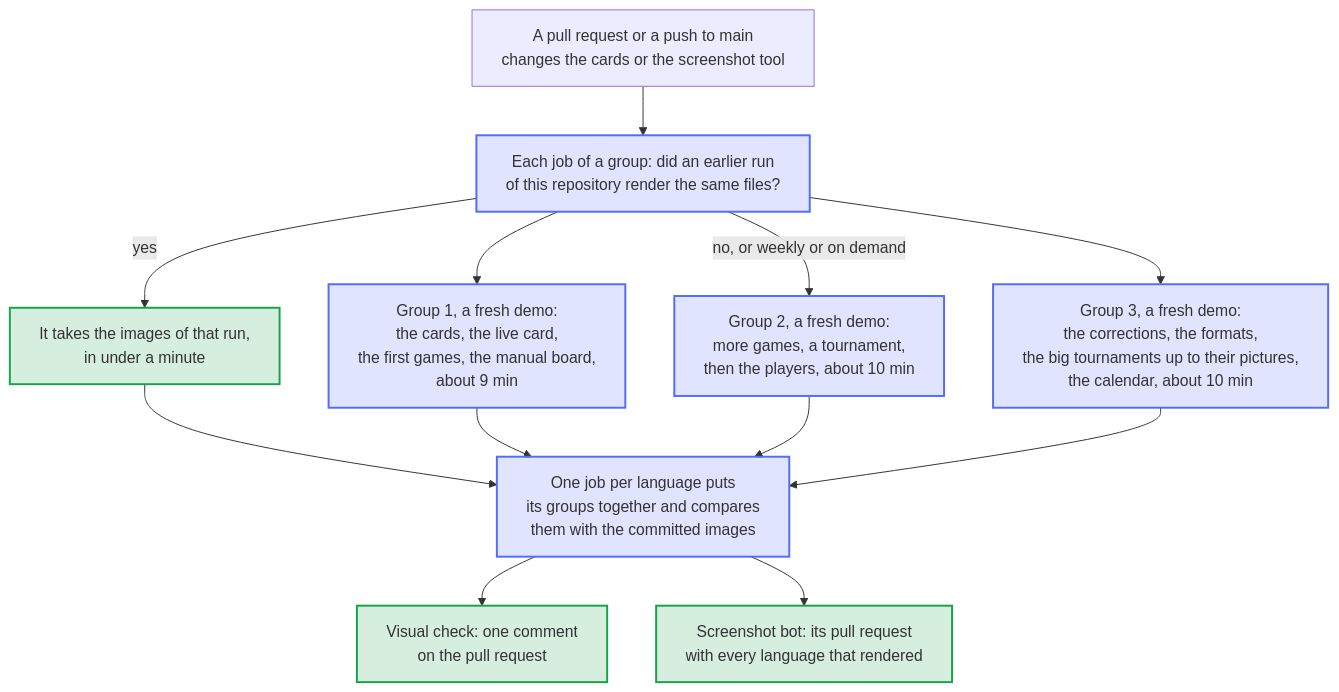
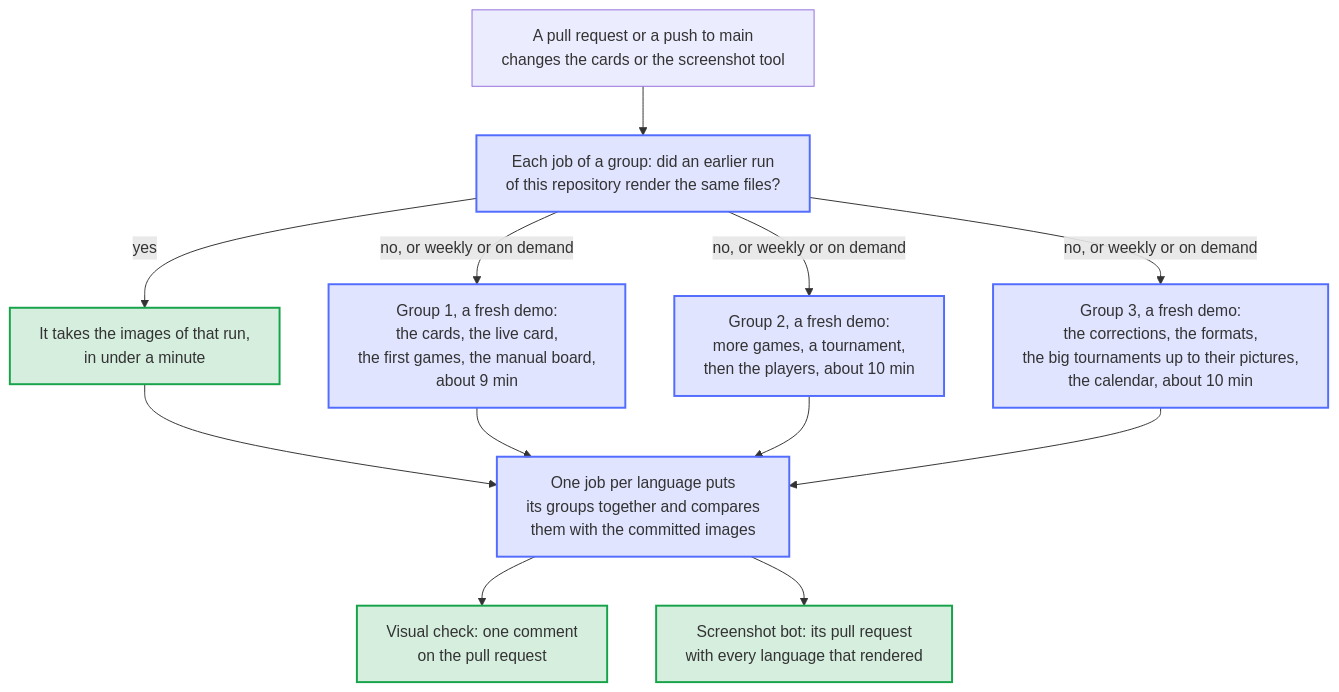
Before and after one commit to Dennis-Otto/homedarts-for-autodarts: the diagram in docs/diagrams/screenshot-groups.en.mmd, drawn with Mermaid. The commit also changed 7 other files, not shown here.

```diff
--- a/docs/diagrams/screenshot-groups.en.mmd
+++ b/docs/diagrams/screenshot-groups.en.mmd
@@ -1,26 +1,24 @@
 ---
 config:
   flowchart:
     wrappingWidth: 400
 ---
 flowchart TB
   accTitle: How the visual check and the screenshot bot render the images in groups
   accDescr: Each language renders in three groups at once, each group on a runner of its own. First each job of a group looks for an earlier run of the visual check or of the screenshot bot, on a branch of this repository, that rendered the same files; it takes the images of that run in under a minute. Otherwise it renders them from a fresh demo. The cards, the first games and the dartboard without Autodarts make group 1, more games with the players group 2, the corrections of a dart, the formats, the big tournaments and the calendar group 3. Then one job per language puts the images of its three groups together and compares them with the committed images. The visual check writes the comparison into one comment on the pull request; the screenshot bot updates its pull request with every language that rendered.
 
   START["A pull request or a push to main<br/>changes the cards or the screenshot tool"] --> KEY
   KEY["Each job of a group: did an earlier run<br/>of this repository render the same files?"]
   KEY -->|"yes"| TAKE["It takes the images of that run,<br/>in under a minute"]
-  KEY --> G1
-  KEY -->|"no, or weekly or on demand"| G2
-  KEY --> G3
+  KEY -->|"no, or weekly or on demand"| G1 & G2 & G3
   G1["Group 1, a fresh demo:<br/>the cards, the live card,<br/>the first games, the manual board,<br/>about 9 min"]
   G2["Group 2, a fresh demo:<br/>more games, a tournament,<br/>then the players, about 10 min"]
   G3["Group 3, a fresh demo:<br/>the corrections, the formats,<br/>the big tournaments up to their pictures,<br/>the calendar, about 10 min"]
   TAKE & G1 & G2 & G3 --> COLLECT["One job per language puts<br/>its groups together and compares<br/>them with the committed images"]
   COLLECT --> COMMENT["Visual check: one comment<br/>on the pull request"]
   COLLECT --> BOT["Screenshot bot: its pull request<br/>with every language that rendered"]
 
   classDef bot fill:#526cfe2e,stroke:#526cfe,stroke-width:2px
   classDef done fill:#16a34a2e,stroke:#16a34a,stroke-width:2px
   class KEY,G1,G2,G3,COLLECT bot
   class TAKE,COMMENT,BOT done
```
